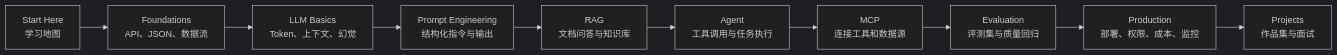
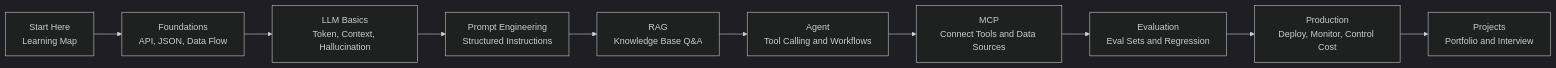
The diagram in README.md (YanpengQi7/awesome-ai-application-engineer), drawn with Mermaid (dark theme) before and after one commit. The commit also changed other lines of this file and 3 other files, not shown here.

````diff
--- a/README.md
+++ b/README.md
@@ -71,12 +41,12 @@
 ```mermaid
 flowchart LR
-    A["Start Here<br/>学习地图"] --> A1["Foundations<br/>API、JSON、数据流"]
-    A1 --> B["LLM Basics<br/>Token、上下文、幻觉"]
-    B --> C["Prompt Engineering<br/>结构化指令与输出"]
-    C --> D["RAG<br/>文档问答与知识库"]
-    D --> E["Agent<br/>工具调用与任务执行"]
-    E --> F["MCP<br/>连接工具和数据源"]
-    F --> G["Evaluation<br/>评测集与质量回归"]
-    G --> H["Production<br/>部署、权限、成本、监控"]
-    H --> I["Projects<br/>作品集与面试"]
+    A["Start Here<br/>Learning Map"] --> A1["Foundations<br/>API, JSON, Data Flow"]
+    A1 --> B["LLM Basics<br/>Token, Context, Hallucination"]
+    B --> C["Prompt Engineering<br/>Structured Instructions"]
+    C --> D["RAG<br/>Knowledge Base Q&A"]
+    D --> E["Agent<br/>Tool Calling and Workflows"]
+    E --> F["MCP<br/>Connect Tools and Data Sources"]
+    F --> G["Evaluation<br/>Eval Sets and Regression"]
+    G --> H["Production<br/>Deploy, Monitor, Control Cost"]
+    H --> I["Projects<br/>Portfolio and Interview"]
 ```
````
